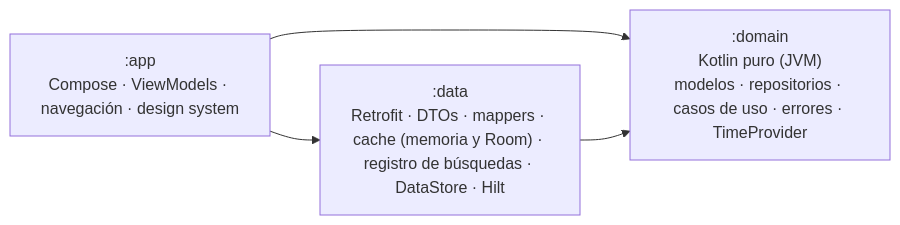
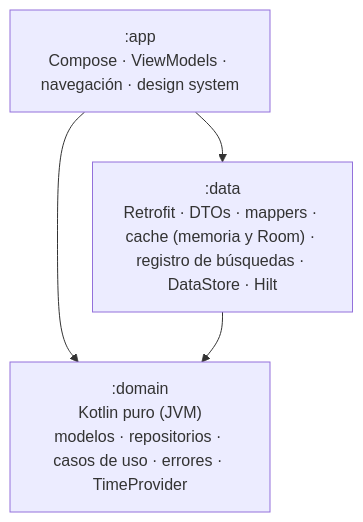
The diagram in README.md (ChrystianDev/Book-Search-Engine), drawn with Mermaid before and after one commit. The commit also changed other lines of this file and 1 other file, not shown here.

````diff
--- a/README.md
+++ b/README.md
@@ -74,7 +67,7 @@
 ```mermaid
-graph LR
+graph TD
     app[":app<br/>Compose · ViewModels · navegación · design system"] --> domain
     app --> data
     data[":data<br/>Retrofit · DTOs · mappers · cache (memoria y Room) · registro de búsquedas · DataStore · Hilt"] --> domain
     domain[":domain<br/>Kotlin puro (JVM)<br/>modelos · repositorios · casos de uso · errores · TimeProvider"]
 ```
````
